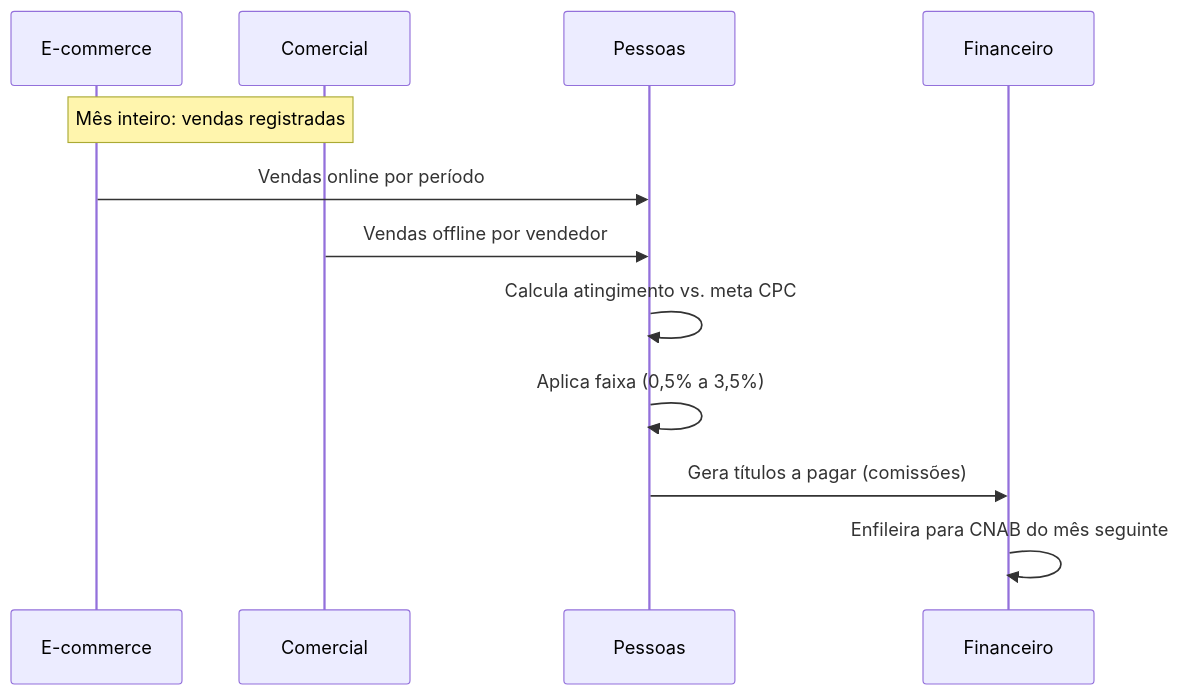
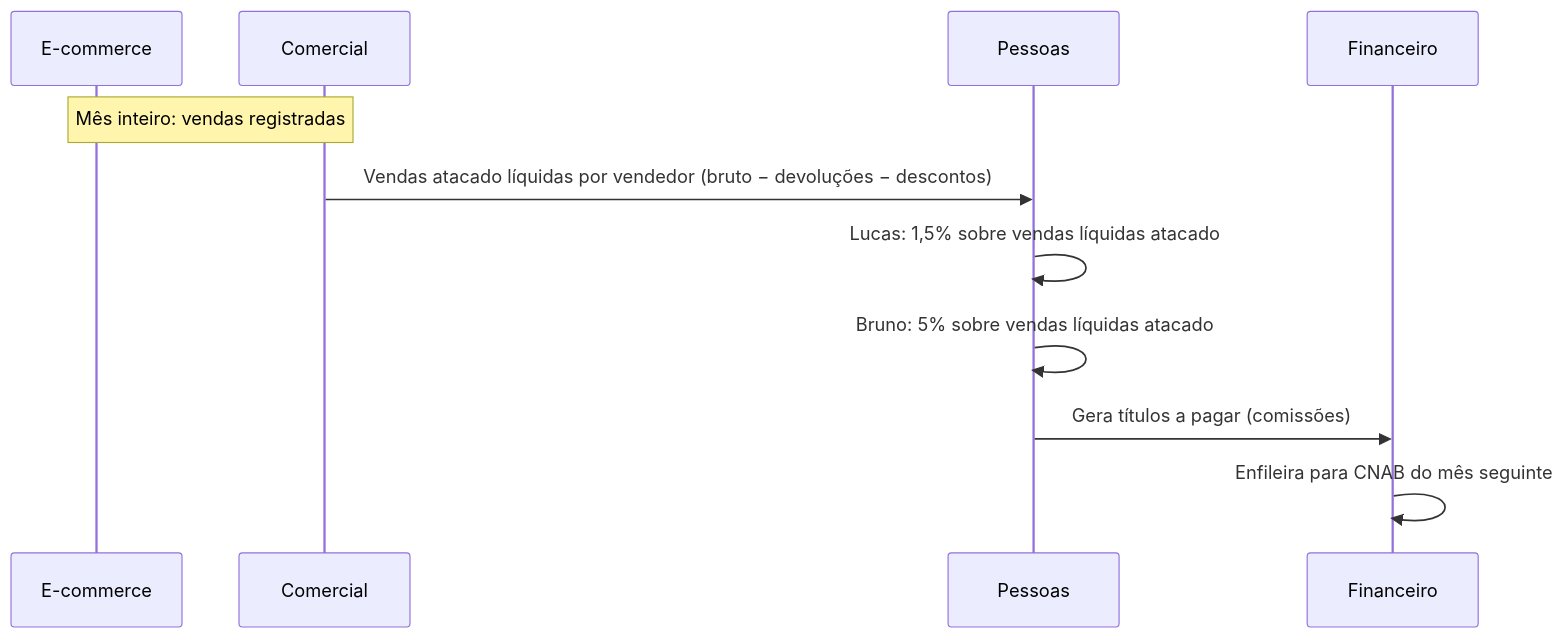
Before and after one commit to Trivia-Growth/Trivia-Obsidian: the sixth of 7 diagrams in Clientes/Heziom/HeziomOS/02 - Sistema (Fluxos & Processos)/HeziomOS — Interligação Completa entre Módulos.md, drawn with Mermaid. The commit also changed other lines of this file and 1 other file, not shown here.

````diff
--- a/Clientes/Heziom/HeziomOS/02 - Sistema (Fluxos & Processos)/HeziomOS — Interligação Completa entre Módulos.md
+++ b/Clientes/Heziom/HeziomOS/02 - Sistema (Fluxos & Processos)/HeziomOS — Interligação Completa entre Módulos.md
@@ -358,16 +386,15 @@
 ```mermaid
 sequenceDiagram
     participant ECOM as E-commerce
     participant COMER as Comercial
     participant PEOPLE as Pessoas
     participant FIN as Financeiro
     
     Note over ECOM,COMER: Mês inteiro: vendas registradas
     
-    ECOM->>PEOPLE: Vendas online por período
-    COMER->>PEOPLE: Vendas offline por vendedor
-    PEOPLE->>PEOPLE: Calcula atingimento vs. meta CPC
-    PEOPLE->>PEOPLE: Aplica faixa (0,5% a 3,5%)
+    COMER->>PEOPLE: Vendas atacado líquidas por vendedor (bruto − devoluções − descontos)
+    PEOPLE->>PEOPLE: Lucas: 1,5% sobre vendas líquidas atacado
+    PEOPLE->>PEOPLE: Bruno: 5% sobre vendas líquidas atacado
     PEOPLE->>FIN: Gera títulos a pagar (comissões)
     FIN->>FIN: Enfileira para CNAB do mês seguinte
 ```
````
